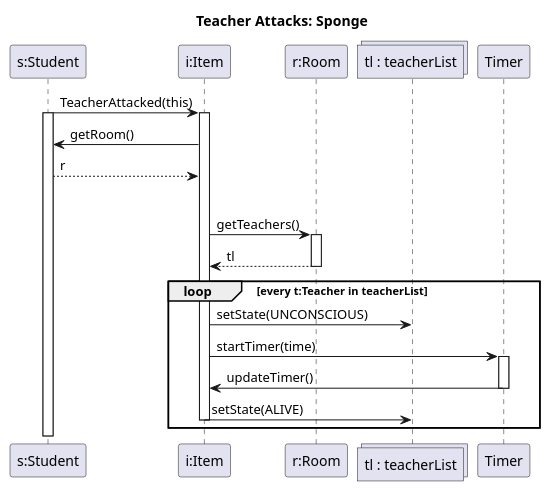
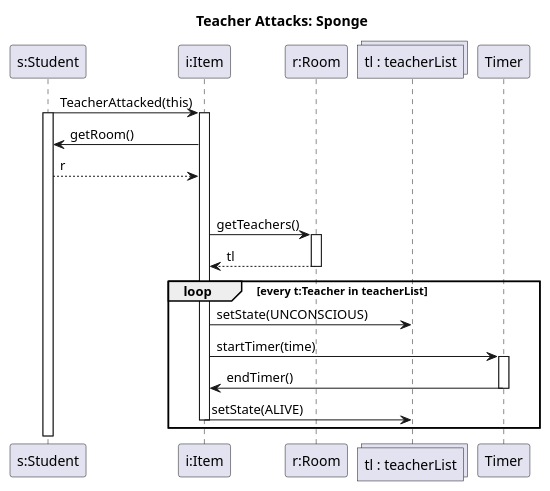
One commit to MBakter/echo changed the diagram in teacher_attacks_sponge.plantuml. Above: the diagram before and after it, drawn with PlantUML. The commit also changed 6 other files, not shown here.

```diff
--- a/teacher_attacks_sponge.plantuml
+++ b/teacher_attacks_sponge.plantuml
@@ -1,31 +1,31 @@
 @startuml teacher_attacks
 
 title Teacher Attacks: Sponge
 participant "s:Student" as s
 participant "i:Item" as i
 participant "r:Room" as r
 collections "tl : teacherList" as tl
 
 s -> i : TeacherAttacked(this)
 activate i
 activate s
 
 i -> s : getRoom()
 s --> i : r
 alt i:Item is Sponge
     i -> r : getTeachers()
     activate r
     r --> i : tl
     deactivate r
     loop every t:Teacher in teacherList
     i -> tl : setState(UNCONSCIOUS)
 
     i -> Timer : startTimer(time)
     Activate Timer
-    Timer -> i : updateTimer()
+    Timer -> i : endTimer()
     Deactivate Timer
     i -> tl : setState(ALIVE)
     Deactivate i
 end
     
 @enduml
```
